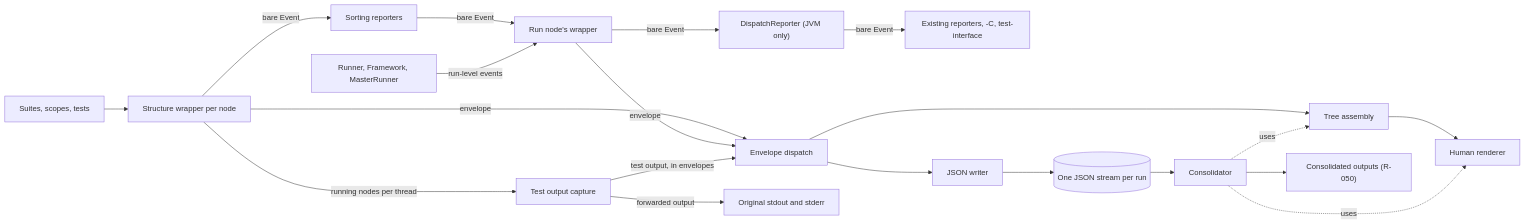
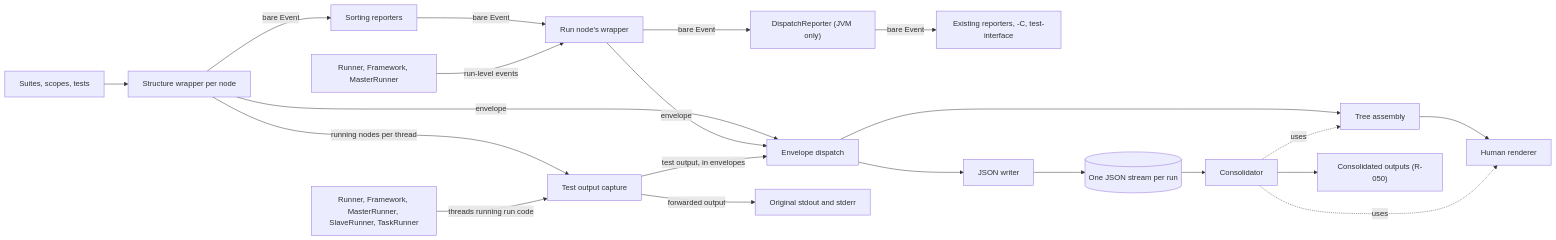
The diagram in .planning/structured-test-reporting/ARCHITECTURE.md (jamesgorman2/scalatest), drawn with Mermaid before and after one commit. The commit also changed other lines of this file and 3 other files, not shown here.

````diff
--- a/.planning/structured-test-reporting/ARCHITECTURE.md
+++ b/.planning/structured-test-reporting/ARCHITECTURE.md
@@ -44,22 +57,23 @@
 ```mermaid
 flowchart LR
   E[Suites, scopes, tests] --> W[Structure wrapper per node]
   W -- bare Event --> S[Sorting reporters]
   S -- bare Event --> R["Run node's wrapper"]
   G[Runner, Framework, MasterRunner] -- run-level events --> R
   R -- bare Event --> D["DispatchReporter (JVM only)"]
   D -- bare Event --> X[Existing reporters, -C, test-interface]
   W -- running nodes per thread --> T[Test output capture]
+  L["Runner, Framework, MasterRunner, SlaveRunner, TaskRunner"] -- threads running run code --> T
   W -- envelope --> A[Envelope dispatch]
   R -- envelope --> A
   T -- test output, in envelopes --> A
   T -- forwarded output --> P[Original stdout and stderr]
   A --> TA[Tree assembly]
   TA --> H[Human renderer]
   A --> J[JSON writer]
   J --> F[(One JSON stream per run)]
   F --> C[Consolidator]
   C -. uses .-> TA
   C -. uses .-> H
   C --> O["Consolidated outputs (R-050)"]
 ```
````
